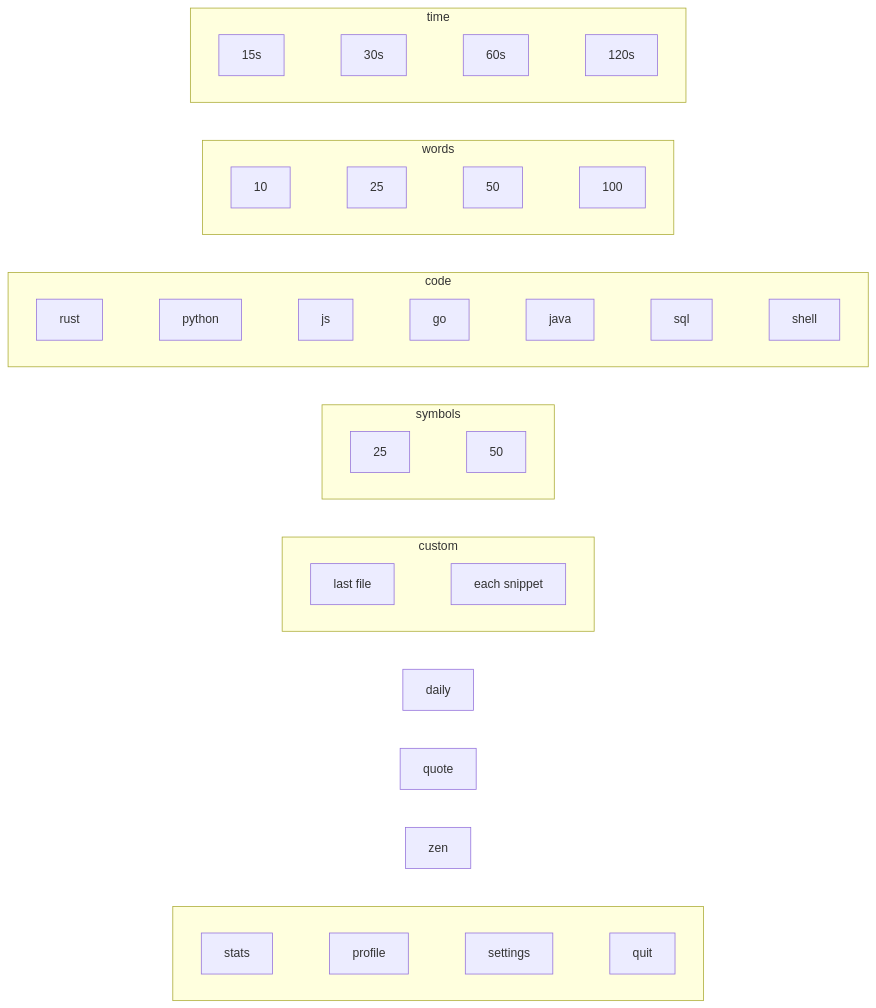
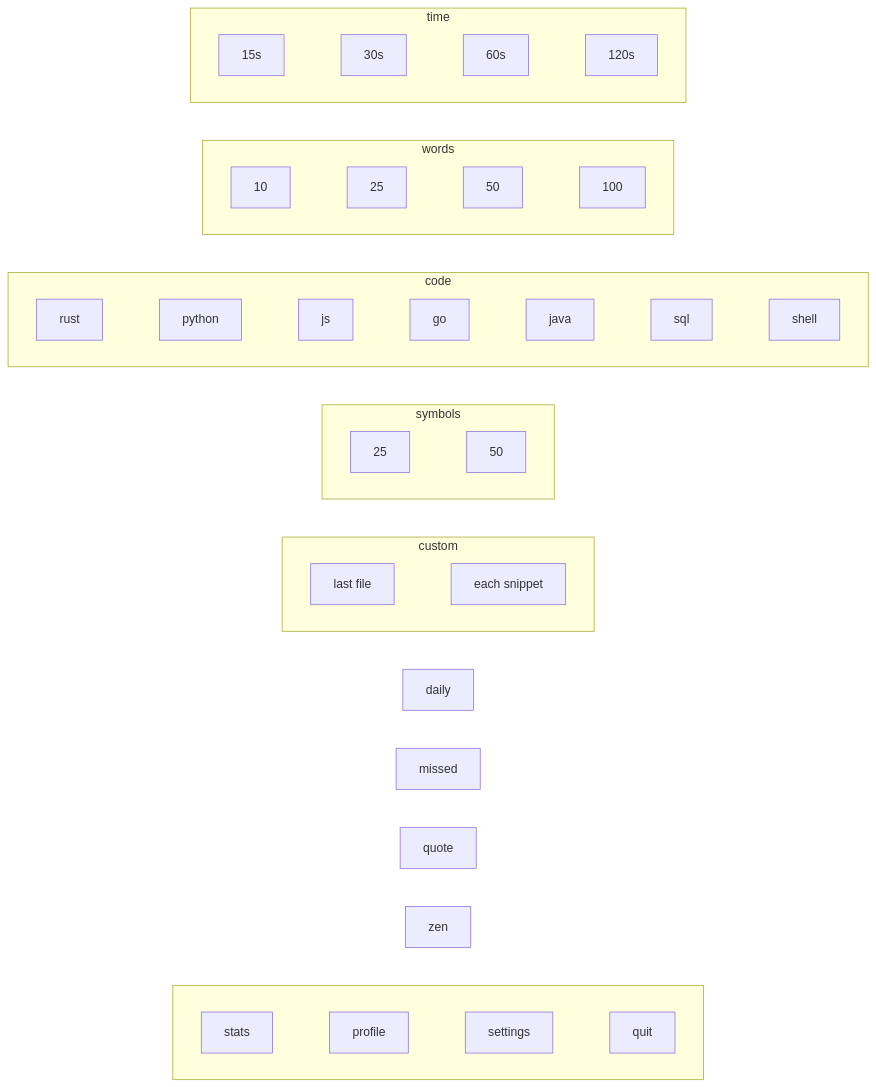
The first of 2 diagrams in docs/USAGE.md (withrvr/typerush), drawn with Mermaid before and after one commit. The commit also changed other lines of this file and 9 other files, not shown here.

First line of the commit message:
docs: v0.7.0 — usage, architecture, learnings, changelog; version 0.7.0

````diff
--- a/docs/USAGE.md
+++ b/docs/USAGE.md
@@ -191,28 +204,28 @@
 ```mermaid
 flowchart TD
     subgraph time
         direction LR
         t15[15s] ~~~ t30[30s] ~~~ t60[60s] ~~~ t120[120s]
     end
     subgraph words
         direction LR
         w10[10] ~~~ w25[25] ~~~ w50[50] ~~~ w100[100]
     end
     subgraph code
         direction LR
         rust ~~~ python ~~~ js ~~~ go ~~~ java ~~~ sql ~~~ shell
     end
     subgraph symbols
         direction LR
         s25[25] ~~~ s50[50]
     end
     subgraph custom
         direction LR
         last["last file"] ~~~ snip["each snippet"]
     end
     subgraph app[" "]
         direction LR
         stats ~~~ profile ~~~ settings ~~~ quit
     end
-    time ~~~ words ~~~ code ~~~ symbols ~~~ custom ~~~ daily ~~~ quote ~~~ zen ~~~ app
+    time ~~~ words ~~~ code ~~~ symbols ~~~ custom ~~~ daily ~~~ missed ~~~ quote ~~~ zen ~~~ app
 ```
````
